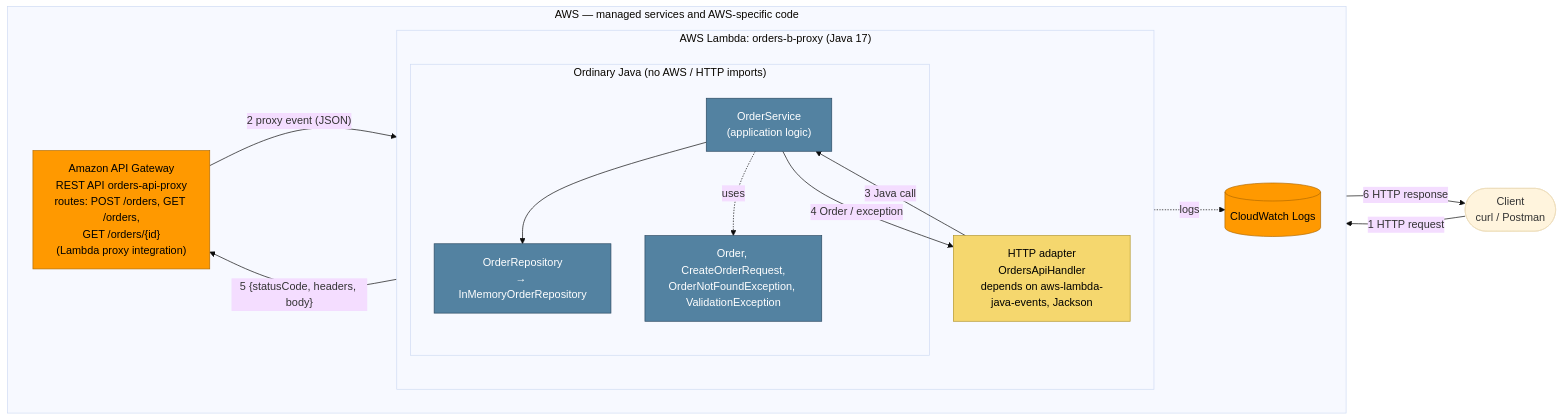
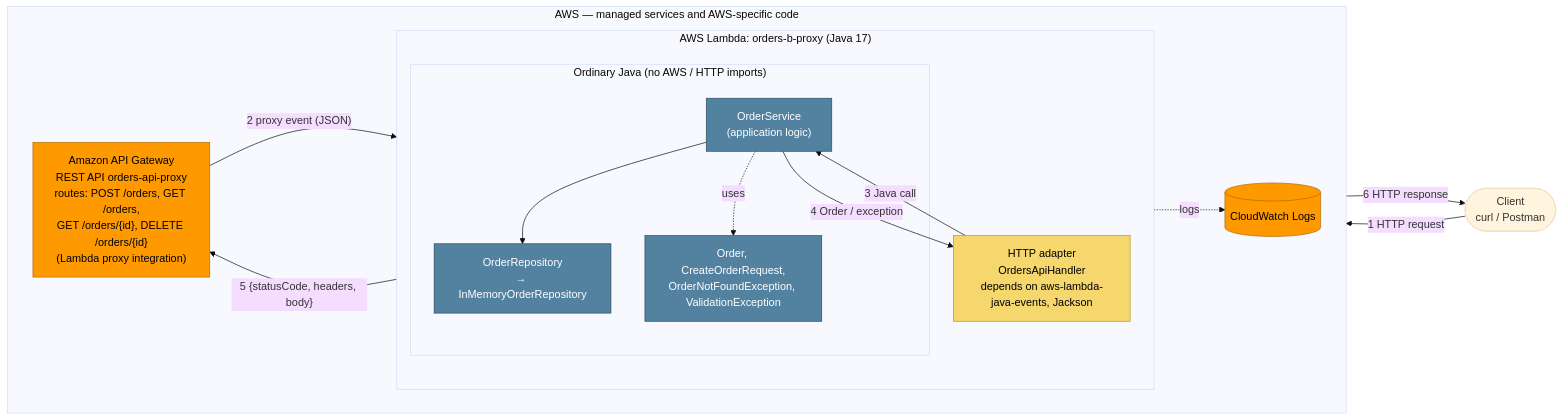
The fourth of 4 diagrams in README.md (AnaFiquitiva/TDSE_Workshop-Designing-a-Serverless-REST-API-with-AWS-Lambda-and-API-Gateway), drawn with Mermaid (base theme) before and after one commit. The commit also changed other lines of this file and 10 other files, not shown here.

Commit message:
Add DELETE /orders/{id} (204 / 404) to the proxy API, compare with prediction

````diff
--- a/README.md
+++ b/README.md
@@ -450,36 +454,36 @@
 ```mermaid
 flowchart LR
     Client(["Client<br/>curl / Postman"])
 
     subgraph AWS["AWS — managed services and AWS-specific code"]
         direction LR
-        APIGW["Amazon API Gateway<br/>REST API orders-api-proxy<br/>routes: POST /orders, GET /orders,<br/>GET /orders/{id}<br/>(Lambda proxy integration)"]
+        APIGW["Amazon API Gateway<br/>REST API orders-api-proxy<br/>routes: POST /orders, GET /orders,<br/>GET /orders/{id}, DELETE /orders/{id}<br/>(Lambda proxy integration)"]
         subgraph LAMBDA["AWS Lambda: orders-b-proxy (Java 17)"]
             direction TB
             H["HTTP adapter<br/>OrdersApiHandler<br/>depends on aws-lambda-java-events, Jackson"]
             subgraph PURE["Ordinary Java (no AWS / HTTP imports)"]
                 SVC["OrderService<br/>(application logic)"]
                 MODEL["Order, CreateOrderRequest,<br/>OrderNotFoundException, ValidationException"]
                 REPO["OrderRepository<br/>→ InMemoryOrderRepository"]
             end
         end
         CW[("CloudWatch Logs")]
     end
 
     Client -- "1 HTTP request" --> APIGW
     APIGW -- "2 proxy event (JSON)" --> H
     H -- "3 Java call" --> SVC
     SVC --> REPO
     SVC -. uses .-> MODEL
     SVC -- "4 Order / exception" --> H
     H -- "5 {statusCode, headers, body}" --> APIGW
     APIGW -- "6 HTTP response" --> Client
     H -. logs .-> CW
 
     classDef aws fill:#ff9900,stroke:#b36b00,color:#000
     classDef java fill:#5382a1,stroke:#2c4a63,color:#fff
     classDef adapter fill:#f5d76e,stroke:#b3962e,color:#000
     class APIGW,CW aws
     class H adapter
     class SVC,MODEL,REPO java
 ```
````
